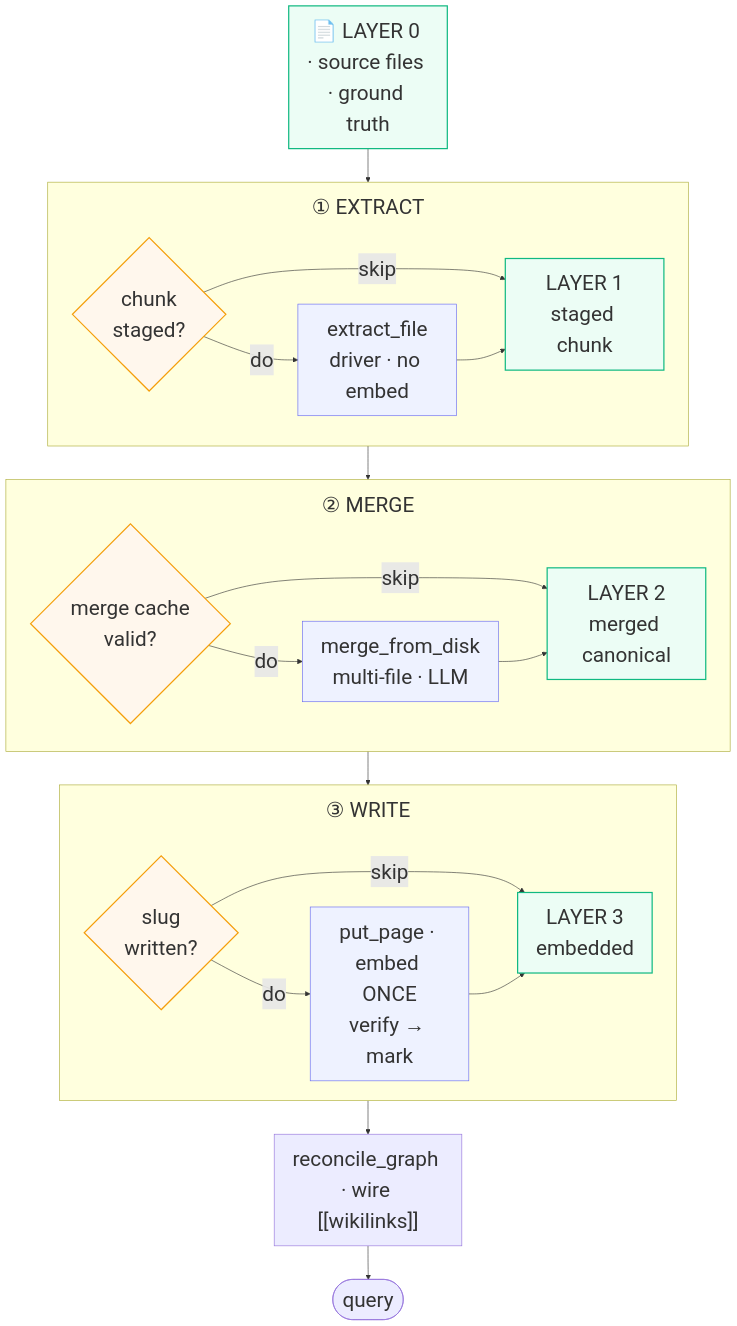
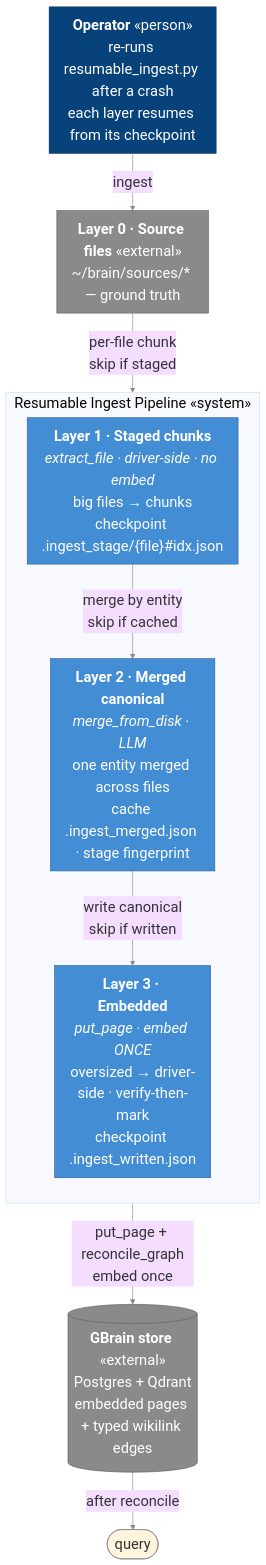
Before and after one commit to shaneliuyx/agent-development-curriculum: the fourth of 4 diagrams in Week 3.5.96 - Self-Wiring Memory (GBrain).md, drawn with Mermaid. The commit also changed other lines of this file, not shown here.

Commit message:
docs(w3.5.96): Phase 8 diagram → flowchart C4-look (big font, single column, no overlap/clipping)

````diff
--- a/Week 3.5.96 - Self-Wiring Memory (GBrain).md
+++ b/Week 3.5.96 - Self-Wiring Memory (GBrain).md
@@ -1104,37 +1104,26 @@
 ```mermaid
-%%{init: {'theme':'default', 'themeVariables': {'fontSize':'34px'}, 'flowchart':{'useMaxWidth':false, 'subGraphTitleMargin':{'top':16,'bottom':24}, 'nodeSpacing':45, 'rankSpacing':55}}}%%
+%%{init: {'theme':'base', 'themeVariables': {'fontSize':'24px','lineColor':'#888','primaryBorderColor':'#888'}, 'flowchart':{'useMaxWidth':false,'nodeSpacing':50,'rankSpacing':58,'padding':12}}}%%
 flowchart TB
-  SRC["📄 LAYER 0 · source files · ground truth"]
-  subgraph S1["① EXTRACT"]
-    direction LR
-    C1{"chunk<br/>staged?"}
-    C1 -->|do| E1["extract_file<br/>driver · no embed"]
-    C1 -->|skip| L1["LAYER 1<br/>staged chunk"]
-    E1 --> L1
+  OP["<b>Operator</b> «person»<br/>re-runs resumable_ingest.py after a crash<br/>each layer resumes from its checkpoint"]
+  L0["<b>Layer 0 · Source files</b> «external»<br/>~/brain/sources/* — ground truth"]
+  subgraph PIPE["Resumable Ingest Pipeline «system»"]
+    direction TB
+    L1["<b>Layer 1 · Staged chunks</b><br/><i>extract_file · driver-side · no embed</i><br/>big files → chunks<br/>checkpoint .ingest_stage/{file}#idx.json"]
+    L2["<b>Layer 2 · Merged canonical</b><br/><i>merge_from_disk · LLM</i><br/>one entity merged across files<br/>cache .ingest_merged.json · stage fingerprint"]
+    L3["<b>Layer 3 · Embedded</b><br/><i>put_page · embed ONCE</i><br/>oversized → driver-side · verify-then-mark<br/>checkpoint .ingest_written.json"]
+    L1 -->|"merge by entity<br/>skip if cached"| L2
+    L2 -->|"write canonical<br/>skip if written"| L3
   end
-  subgraph S2["② MERGE"]
-    direction LR
-    C2{"merge cache<br/>valid?"}
-    C2 -->|do| E2["merge_from_disk<br/>multi-file · LLM"]
-    C2 -->|skip| L2["LAYER 2<br/>merged canonical"]
-    E2 --> L2
-  end
-  subgraph S3["③ WRITE"]
-    direction LR
-    C3{"slug<br/>written?"}
-    C3 -->|do| E3["put_page · embed ONCE<br/>verify → mark"]
-    C3 -->|skip| L3["LAYER 3<br/>embedded"]
-    E3 --> L3
-  end
-  SRC --> C1
-  L1 --> C2
-  L2 --> C3
-  L3 --> RC["reconcile_graph · wire [[wikilinks]]"]
-  RC --> Q(["query"])
-  classDef ckpt fill:#fff7ed,stroke:#f59e0b,stroke-width:2px
-  classDef work fill:#eef2ff,stroke:#6366f1
-  classDef layer fill:#ecfdf5,stroke:#10b981,stroke-width:2px
-  class C1,C2,C3 ckpt
-  class E1,E2,E3 work
-  class SRC,L1,L2,L3 layer
+  GB[("<b>GBrain store</b> «external»<br/>Postgres + Qdrant<br/>embedded pages + typed wikilink edges")]
+  Q(["query"])
+  OP -->|ingest| L0
+  L0 -->|"per-file chunk<br/>skip if staged"| L1
+  L3 -->|"put_page + reconcile_graph<br/>embed once"| GB
+  GB -->|after reconcile| Q
+  classDef person fill:#08427b,stroke:#052e56,color:#fff;
+  classDef ext fill:#8a8a8a,stroke:#5f5f5f,color:#fff;
+  classDef cont fill:#438dd5,stroke:#2e6295,color:#fff;
+  class OP person
+  class L0,GB ext
+  class L1,L2,L3 cont
 ```
````
